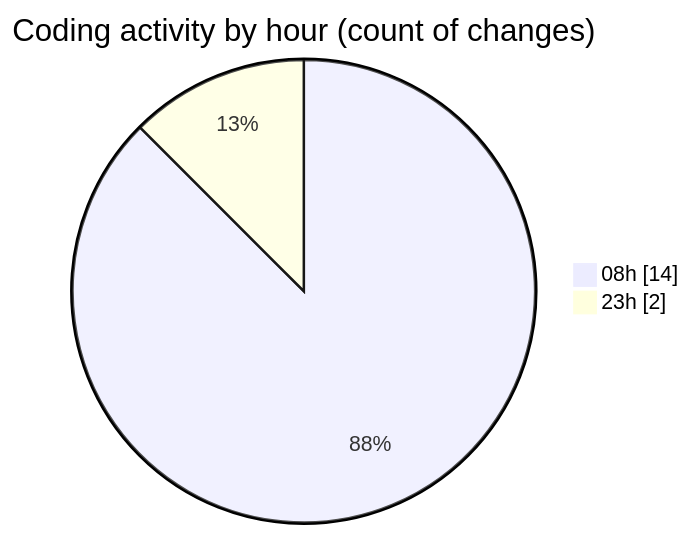
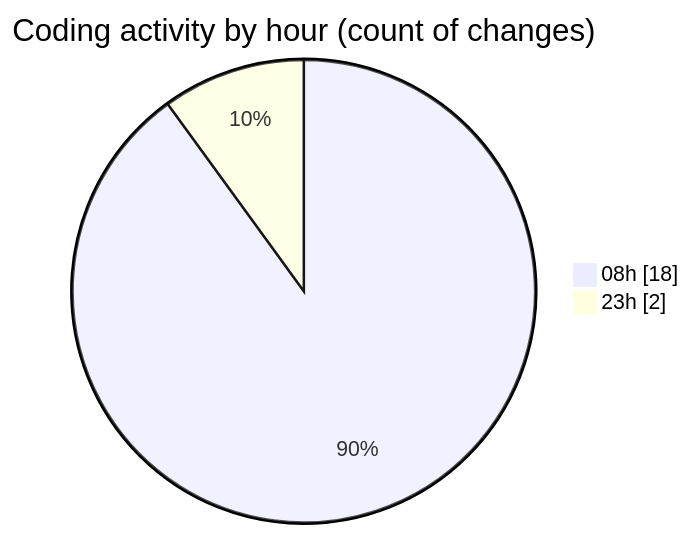
One commit to Elitesun/code-tracking changed the second of 2 diagrams in 2025-05-05/niten/README.md. Above: the diagram before and after it, drawn with Mermaid. The commit also changed other lines of this file and 1 other file, not shown here.

````diff
--- a/2025-05-05/niten/README.md
+++ b/2025-05-05/niten/README.md
@@ -39,6 +40,6 @@
 ```mermaid
 pie showData
 title Coding activity by hour (count of changes)
-"08h" : 14
+"08h" : 18
 "23h" : 2
 ```
````
